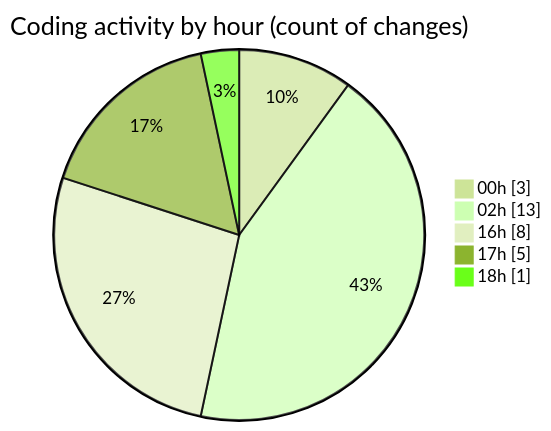
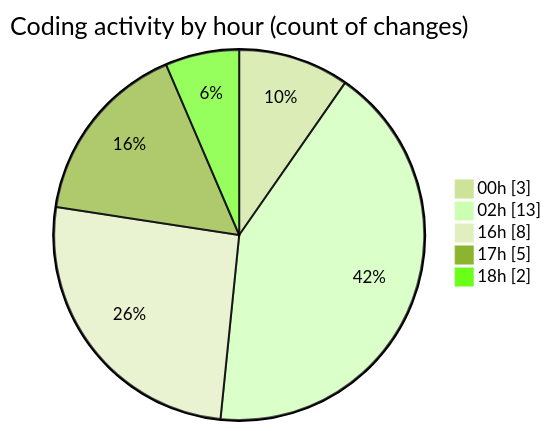
One commit to julien-gomy/code-tracking changed the second of 2 diagrams in 2025-10-21/eventscop-api-guide__workspace_/README.md. Above: the diagram before and after it, drawn with Mermaid (forest theme). The commit also changed other lines of this file and 1 other file, not shown here.

````diff
--- a/2025-10-21/eventscop-api-guide__workspace_/README.md
+++ b/2025-10-21/eventscop-api-guide__workspace_/README.md
@@ -35,9 +36,9 @@
 ```mermaid
 pie showData
 title Coding activity by hour (count of changes)
 "00h" : 3
 "02h" : 13
 "16h" : 8
 "17h" : 5
-"18h" : 1
+"18h" : 2
 ```
````
